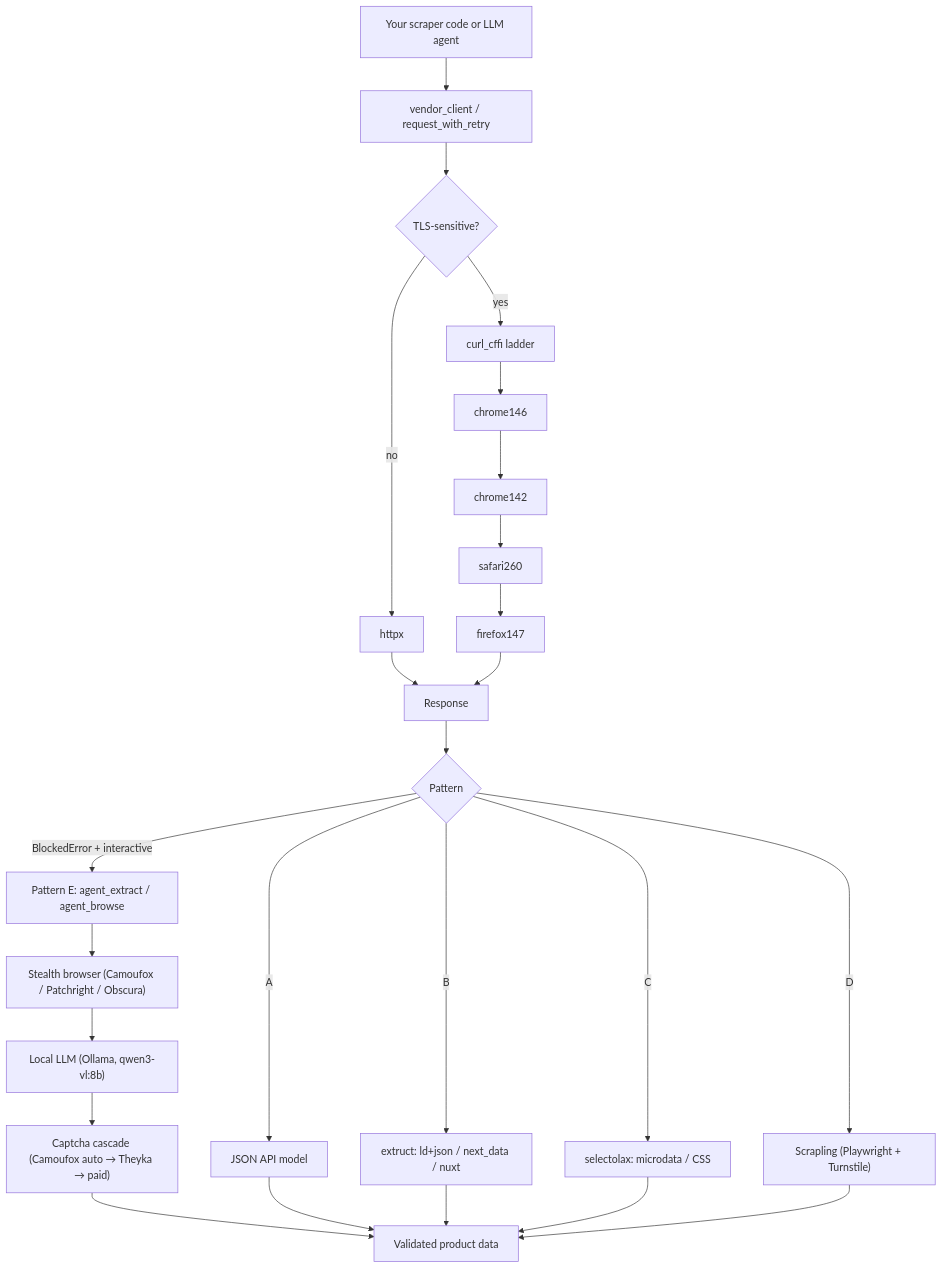
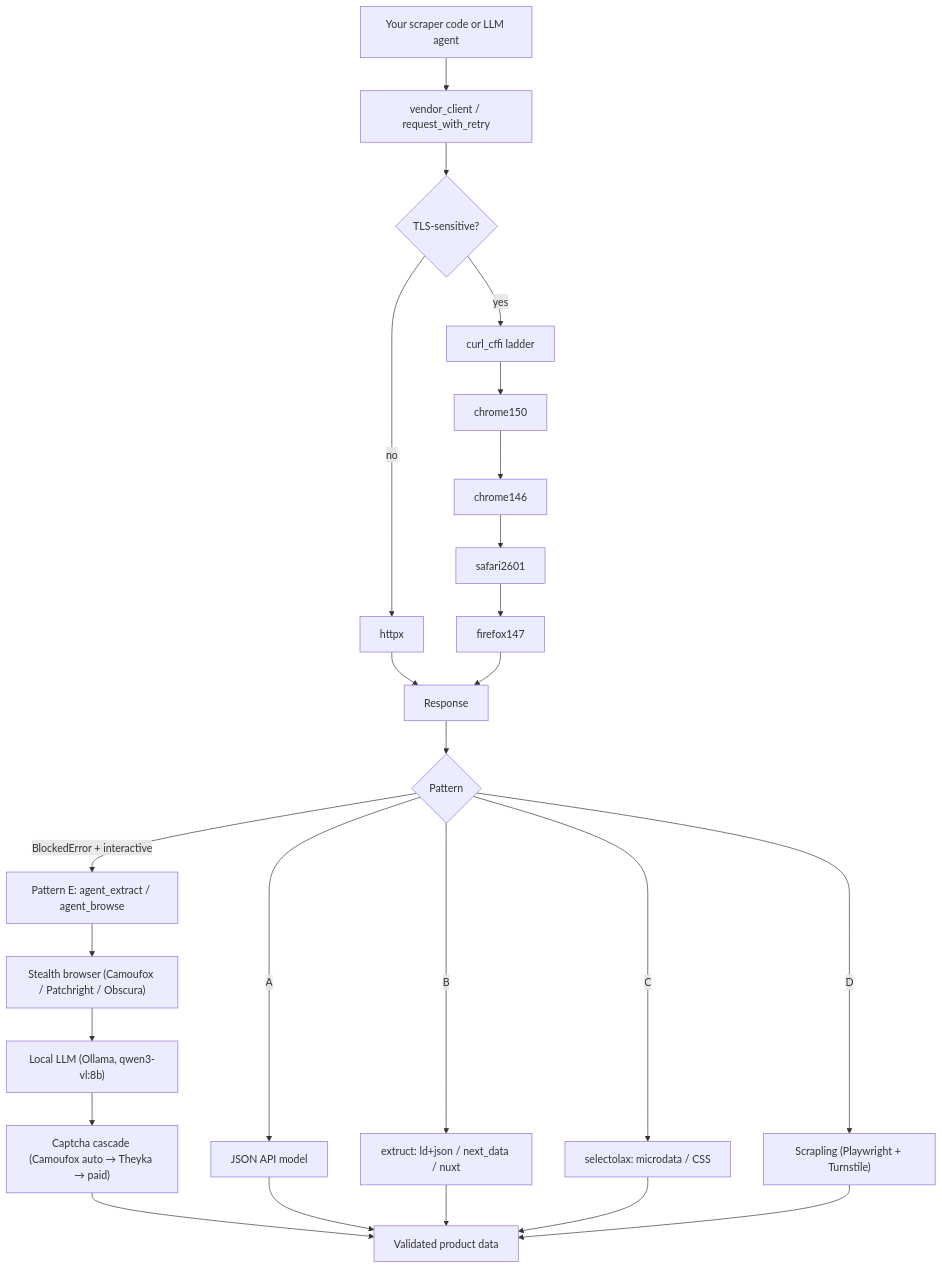
One commit to ValeroK/scrapper-tool changed the diagram in README.md. Above: the diagram before and after it, drawn with Mermaid. The commit also changed other lines of this file and 14 other files, not shown here.

````diff
--- a/README.md
+++ b/README.md
@@ -128,24 +128,24 @@
 ```mermaid
 flowchart TD
     A[Your scraper code or LLM agent] --> B[vendor_client / request_with_retry]
     B --> C{TLS-sensitive?}
     C -- no --> D[httpx]
     C -- yes --> E[curl_cffi ladder]
-    E --> E1[chrome146] --> E2[chrome142] --> E3[safari260] --> E4[firefox147]
+    E --> E1[chrome150] --> E2[chrome146] --> E3[safari2601] --> E4[firefox147]
     D --> F[Response]
     E4 --> F
     F --> G{Pattern}
     G -- A --> H[JSON API model]
     G -- B --> I[extruct: ld+json / next_data / nuxt]
     G -- C --> J[selectolax: microdata / CSS]
     G -- D --> K["Scrapling (Playwright + Turnstile)"]
     G -- "BlockedError + interactive" --> M["Pattern E: agent_extract / agent_browse"]
     M --> M1["Stealth browser (Camoufox / Patchright / Obscura)"]
     M1 --> M2["Local LLM (Ollama, qwen3-vl:8b)"]
     M2 --> M3["Captcha cascade (Camoufox auto → Theyka → paid)"]
     M3 --> L[Validated product data]
     H --> L
     I --> L
     J --> L
     K --> L
 ```
````
